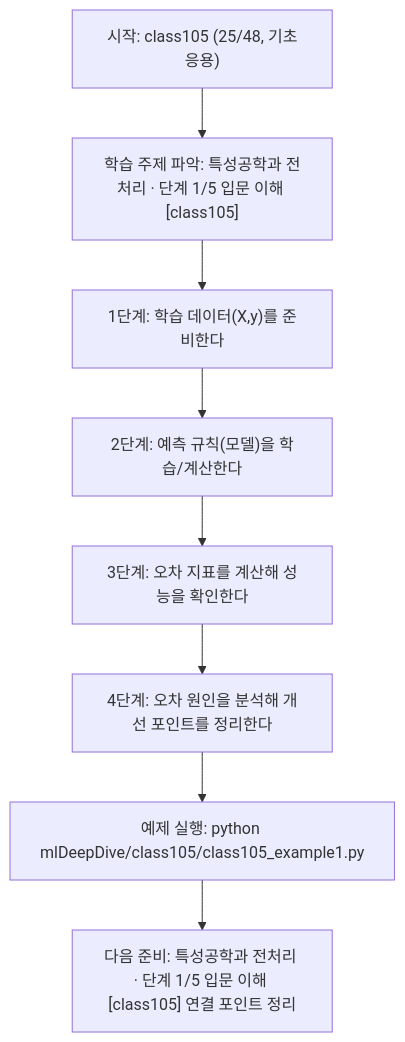
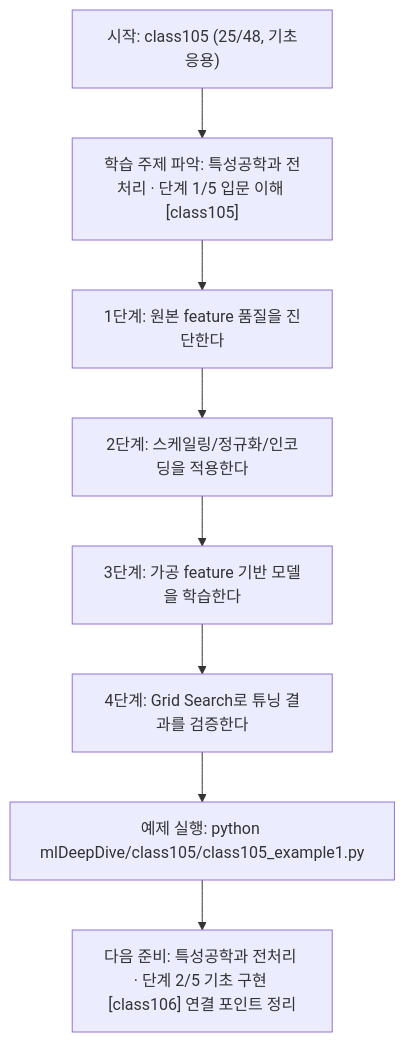
Before and after one commit to edumgt/Python-AI_Agent-Class: the diagram in mlDeepDive/class105/class105.md, drawn with Mermaid. The commit also changed other lines of this file and 338 other files, not shown here.

````diff
--- a/mlDeepDive/class105/class105.md
+++ b/mlDeepDive/class105/class105.md
@@ -109,18 +91,18 @@
 ```mermaid
 flowchart TD
 N1["시작: class105 (25/48, 기초응용)"]
 N2["학습 주제 파악: 특성공학과 전처리 · 단계 1/5 입문 이해 [class105]"]
-N3["1단계: 학습 데이터(X,y)를 준비한다"]
-N4["2단계: 예측 규칙(모델)을 학습/계산한다"]
-N5["3단계: 오차 지표를 계산해 성능을 확인한다"]
-N6["4단계: 오차 원인을 분석해 개선 포인트를 정리한다"]
+N3["1단계: 원본 feature 품질을 진단한다"]
+N4["2단계: 스케일링/정규화/인코딩을 적용한다"]
+N5["3단계: 가공 feature 기반 모델을 학습한다"]
+N6["4단계: Grid Search로 튜닝 결과를 검증한다"]
 N7["예제 실행: python mlDeepDive/class105/class105_example1.py"]
-N8["다음 준비: 특성공학과 전처리 · 단계 1/5 입문 이해 [class105] 연결 포인트 정리"]
+N8["다음 준비: 특성공학과 전처리 · 단계 2/5 기초 구현 [class106] 연결 포인트 정리"]
 N1 --> N2
 N2 --> N3
 N3 --> N4
 N4 --> N5
 N5 --> N6
 N6 --> N7
 N7 --> N8
 ```
````
